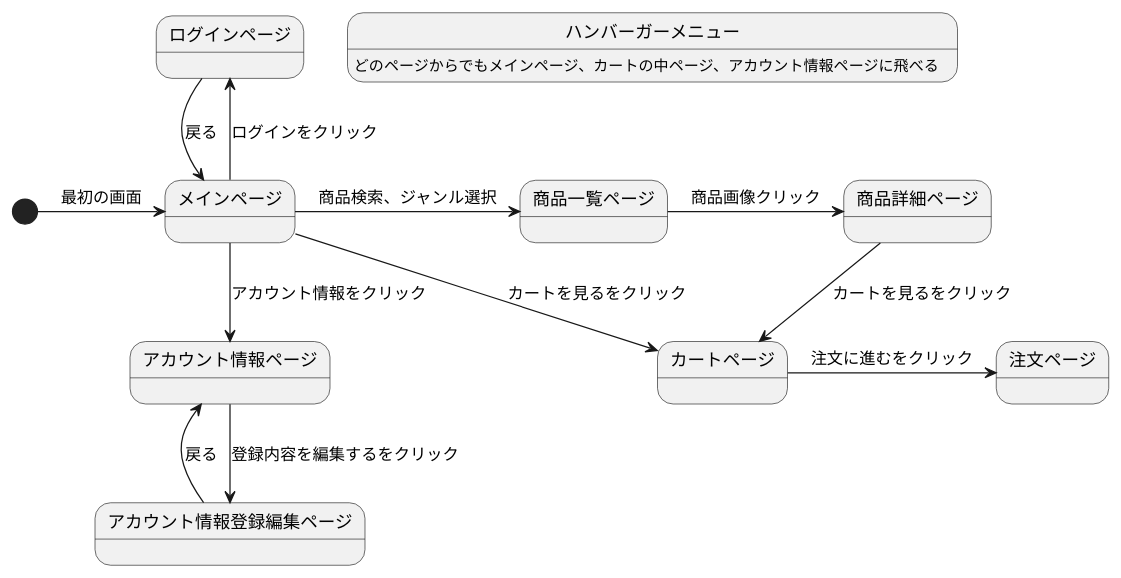
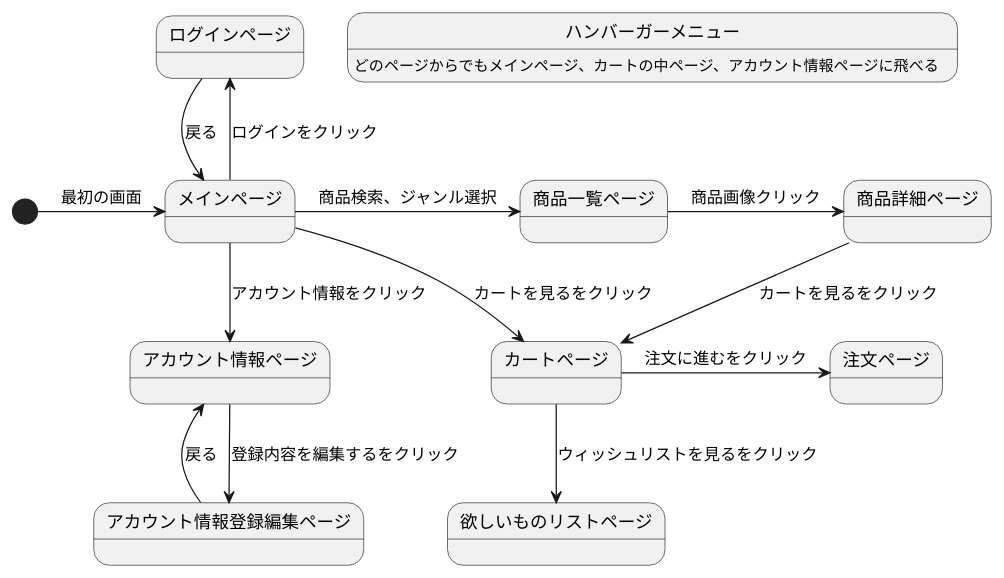
Before and after one commit to Aso2001385/2021sys-design: the diagram in orcashop/StateMachine.md, drawn with PlantUML.

````diff
--- a/orcashop/StateMachine.md
+++ b/orcashop/StateMachine.md
@@ -1,19 +1,21 @@
 ```uml
 @startuml
 
 [*] -> メインページ: 最初の画面
 メインページ -> 商品一覧ページ: 商品検索、ジャンル選択
 商品一覧ページ -> 商品詳細ページ: 商品画像クリック
 商品詳細ページ -down-> カートページ: カートを見るをクリック
 カートページ -> 注文ページ: 注文に進むをクリック
+カートページ -down-> 欲しいものリストページ: ウィッシュリストを見るをクリック
+
 メインページ -down-> アカウント情報ページ: アカウント情報をクリック
 メインページ -> カートページ: カートを見るをクリック
 アカウント情報ページ -down-> アカウント情報登録編集ページ: 登録内容を編集するをクリック
 アカウント情報登録編集ページ -left-> アカウント情報ページ: 戻る
 メインページ -up-> ログインページ: ログインをクリック
 ログインページ -> メインページ: 戻る
 
 ハンバーガーメニュー:どのページからでもメインページ、カートの中ページ、アカウント情報ページに飛べる
 
 @enduml
 ```
````
